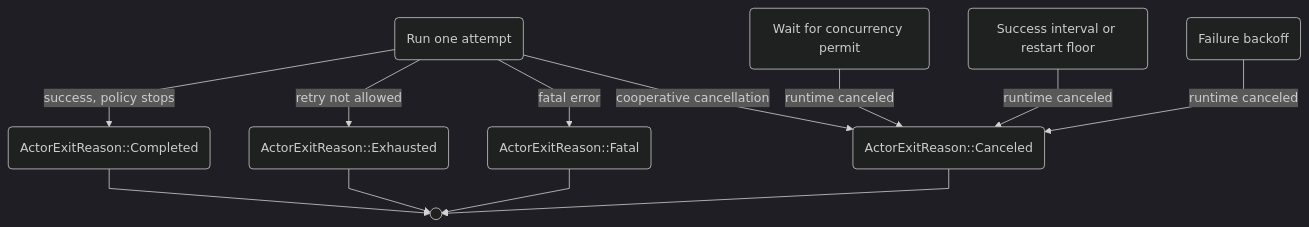
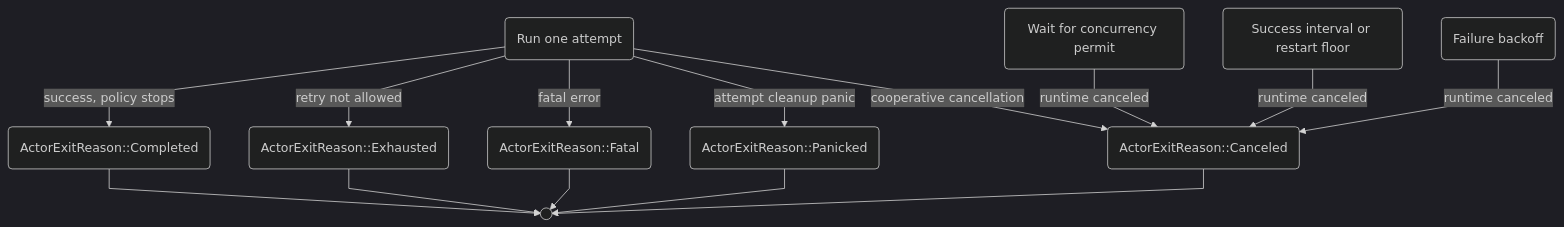
One commit to soltiHQ/taskvisor changed the sixth of 10 diagrams in src/ARCHITECTURE.md. Above: the diagram before and after it, drawn with Mermaid (dark theme). The commit also changed other lines of this file and 166 other files, not shown here.

````diff
--- a/src/ARCHITECTURE.md
+++ b/src/ARCHITECTURE.md
@@ -176,26 +245,29 @@
 ```mermaid
 %%{init: {"flowchart": {"curve": "linear"}}}%%
 flowchart TB
     Permit("Wait for concurrency permit")
     Attempt("Run one attempt")
     SuccessDelay("Success interval or restart floor")
     FailureDelay("Failure backoff")
     Completed("ActorExitReason::Completed")
     Exhausted("ActorExitReason::Exhausted")
     Fatal("ActorExitReason::Fatal")
     Canceled("ActorExitReason::Canceled")
+    Panicked("ActorExitReason::Panicked")
     End(( ))
 
     Permit -->|runtime canceled| Canceled
     Attempt -->|success, policy stops| Completed
     Attempt -->|retry not allowed| Exhausted
     Attempt -->|fatal error| Fatal
+    Attempt -->|attempt cleanup panic| Panicked
     Attempt -->|cooperative cancellation| Canceled
     SuccessDelay -->|runtime canceled| Canceled
     FailureDelay -->|runtime canceled| Canceled
 
     Completed --> End
     Exhausted --> End
     Fatal --> End
     Canceled --> End
+    Panicked --> End
 ```
````
